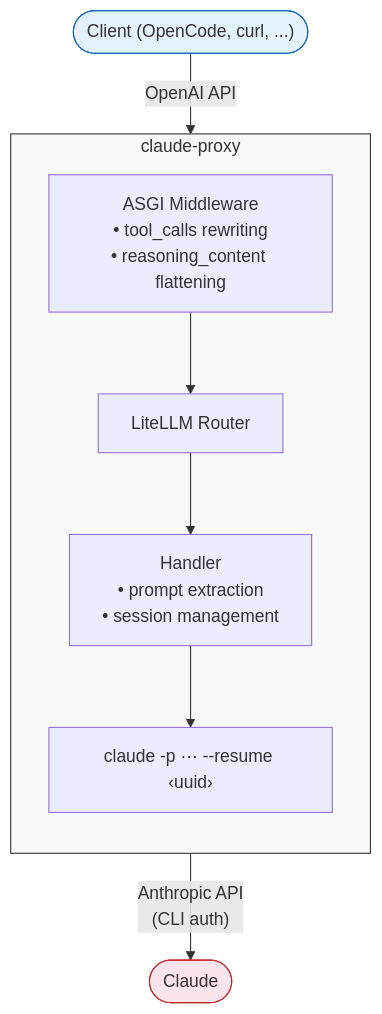
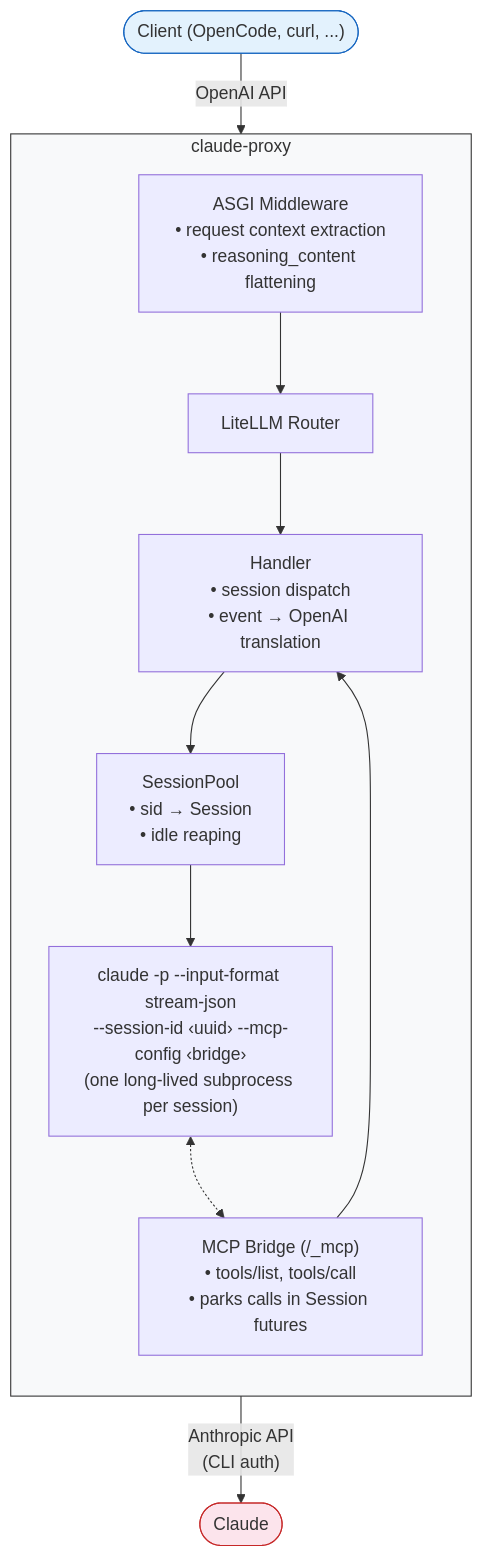
The diagram in README.md (mesca/claude-proxy), drawn with Mermaid before and after one commit. The commit also changed other lines of this file and 12 other files, not shown here.

First line of the commit message:
Replace prompt-injection tool protocol with MCP bridge

````diff
--- a/README.md
+++ b/README.md
@@ -202,23 +209,27 @@
 ```mermaid
 flowchart TB
     Client(["Client (OpenCode, curl, ...)"])
 
     subgraph proxy ["claude-proxy"]
         direction TB
-        MW["ASGI Middleware\n• tool_calls rewriting\n• reasoning_content flattening"]
+        MW["ASGI Middleware\n• request context extraction\n• reasoning_content flattening"]
         LiteLLM["LiteLLM Router"]
-        Handler["Handler\n• prompt extraction\n• session management"]
-        CLI["claude -p ··· --resume ‹uuid›"]
+        Handler["Handler\n• session dispatch\n• event → OpenAI translation"]
+        Pool["SessionPool\n• sid → Session\n• idle reaping"]
+        Bridge["MCP Bridge (/_mcp)\n• tools/list, tools/call\n• parks calls in Session futures"]
+        CLI["claude -p --input-format stream-json\n--session-id ‹uuid› --mcp-config ‹bridge›\n(one long-lived subprocess per session)"]
 
-        MW --> LiteLLM --> Handler --> CLI
+        MW --> LiteLLM --> Handler --> Pool --> CLI
+        CLI <-.-> Bridge
+        Bridge --> Handler
     end
 
     Claude(["Claude"])
 
     Client -- "OpenAI API" --> MW
     CLI -- "Anthropic API\n(CLI auth)" --> Claude
 
     style proxy fill:#f8f9fa,stroke:#333
     style Client fill:#e3f2fd,stroke:#1565c0
     style Claude fill:#fce4ec,stroke:#c62828
 ```
````
